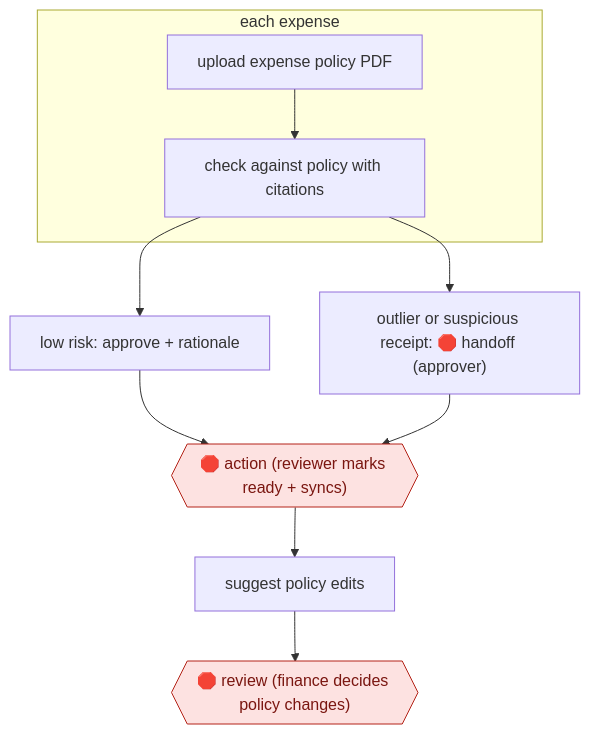
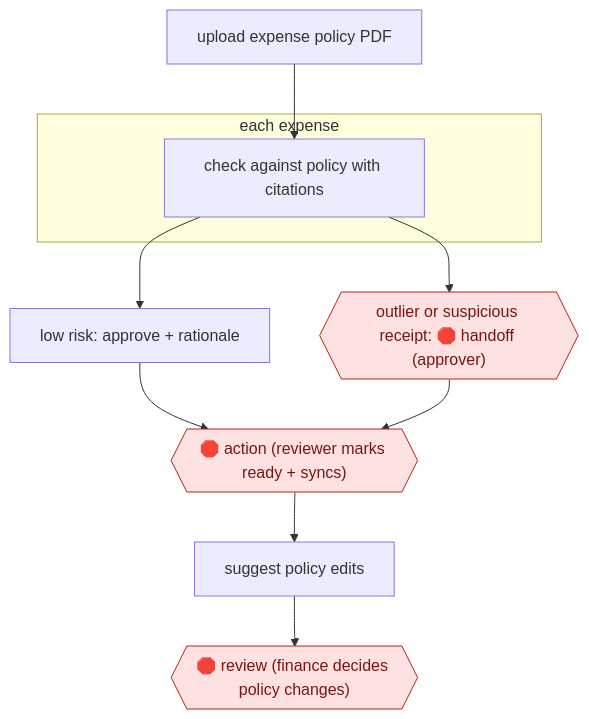
One commit to milesradford99/agent-workflow-atlas changed the diagram in workflows/PRO/FIN/AP/policy-cited-expense-review/README.md. Above: the diagram before and after it, drawn with Mermaid. The commit also changed 171 other files, not shown here.

````diff
--- a/workflows/PRO/FIN/AP/policy-cited-expense-review/README.md
+++ b/workflows/PRO/FIN/AP/policy-cited-expense-review/README.md
@@ -31,20 +31,20 @@
 ```mermaid
 flowchart TD
   n1["upload expense policy PDF"]
   subgraph s2["each expense"]
   n3["check against policy with citations"]
-  n1 --> n3
   end
   n4["low risk: approve + rationale"]
+  n5{{"outlier or suspicious receipt: 🛑 handoff (approver)"}}:::stop
+  n6{{"🛑 action (reviewer marks ready + syncs)"}}:::stop
+  n7["suggest policy edits"]
+  n8{{"🛑 review (finance decides policy changes)"}}:::stop
+  n1 --> n3
   n3 --> n4
-  n5["outlier or suspicious receipt: 🛑 handoff (approver)"]
   n3 --> n5
-  n6{{"🛑 action (reviewer marks ready + syncs)"}}:::stop
   n4 --> n6
   n5 --> n6
-  n7["suggest policy edits"]
   n6 --> n7
-  n8{{"🛑 review (finance decides policy changes)"}}:::stop
   n7 --> n8
   classDef stop fill:#fde2e1,stroke:#b42318,color:#7a1610
 ```
````
